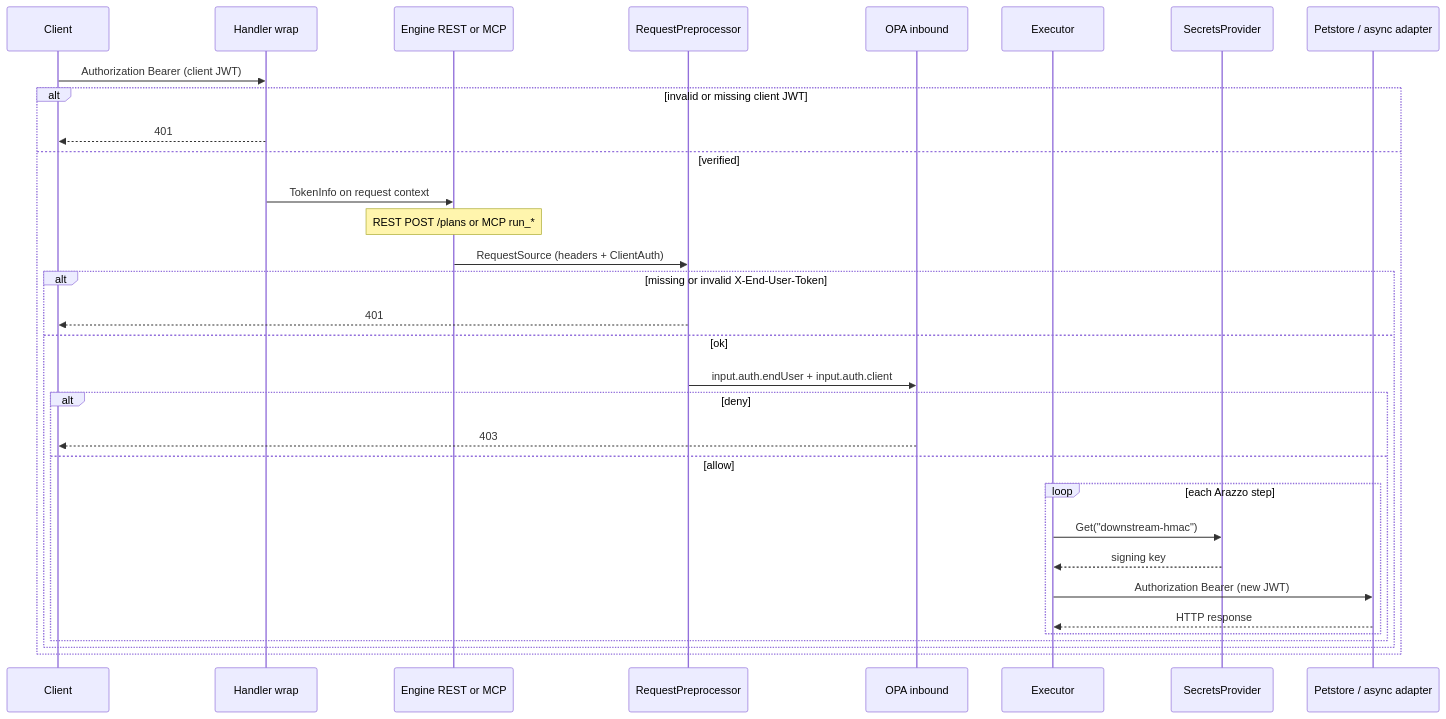
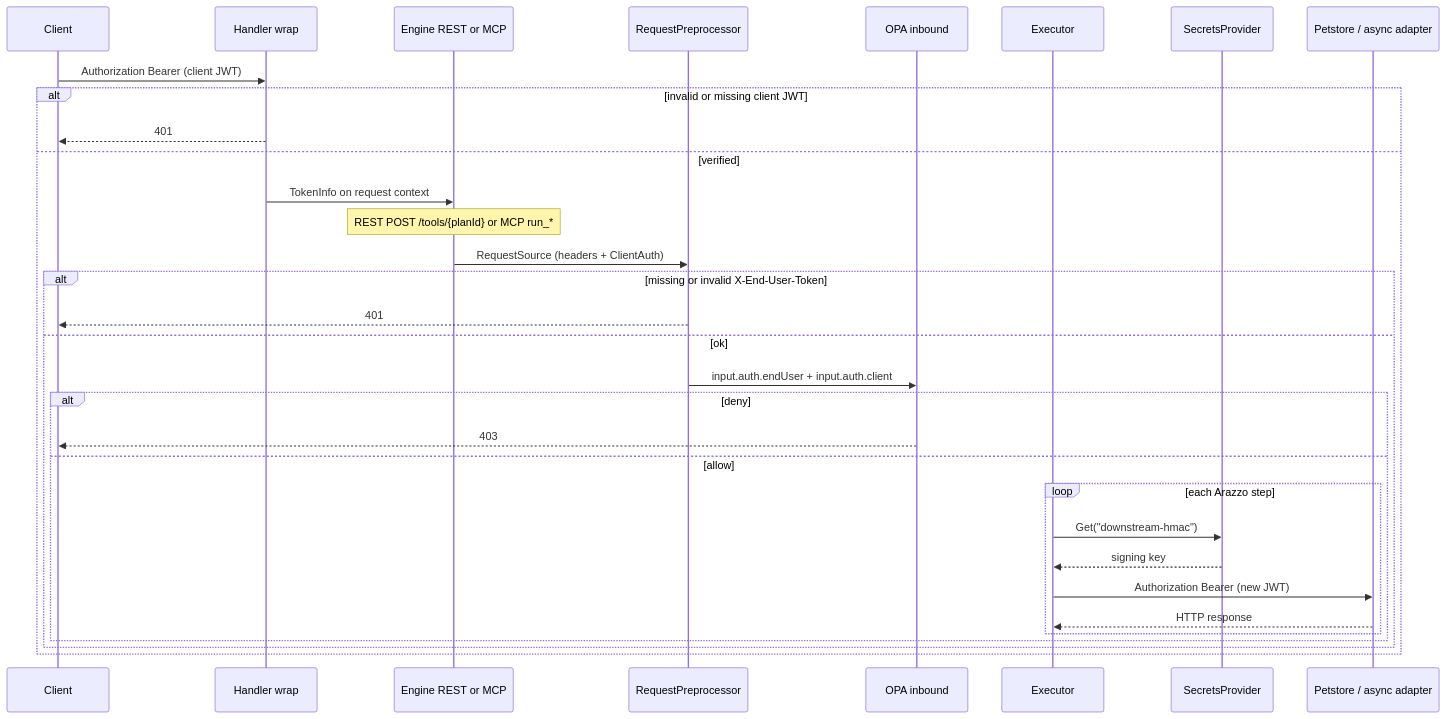
One commit to mevansam/context-mesh-engine changed the tenth of 10 diagrams in examples/petstore/README.md. Above: the diagram before and after it, drawn with Mermaid. The commit also changed other lines of this file, not shown here.

````diff
--- a/examples/petstore/README.md
+++ b/examples/petstore/README.md
@@ -674,35 +686,35 @@
 ```mermaid
 sequenceDiagram
   participant C as Client
   participant W as Handler wrap
   participant E as Engine REST or MCP
   participant Pre as RequestPreprocessor
   participant P as OPA inbound
   participant X as Executor
   participant S as SecretsProvider
   participant API as Petstore / async adapter
 
   C->>W: Authorization Bearer (client JWT)
   alt invalid or missing client JWT
     W-->>C: 401
   else verified
     W->>E: TokenInfo on request context
-    Note over E: REST POST /plans or MCP run_*
+    Note over E: REST POST /tools/{planId} or MCP run_*
     E->>Pre: RequestSource (headers + ClientAuth)
     alt missing or invalid X-End-User-Token
       Pre-->>C: 401
     else ok
       Pre->>P: input.auth.endUser + input.auth.client
       alt deny
         P-->>C: 403
       else allow
         loop each Arazzo step
           X->>S: Get("downstream-hmac")
           S-->>X: signing key
           X->>API: Authorization Bearer (new JWT)
           API-->>X: HTTP response
         end
       end
     end
   end
 ```
````
